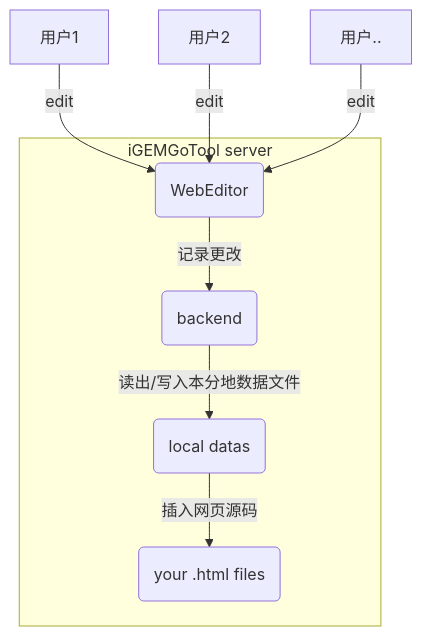
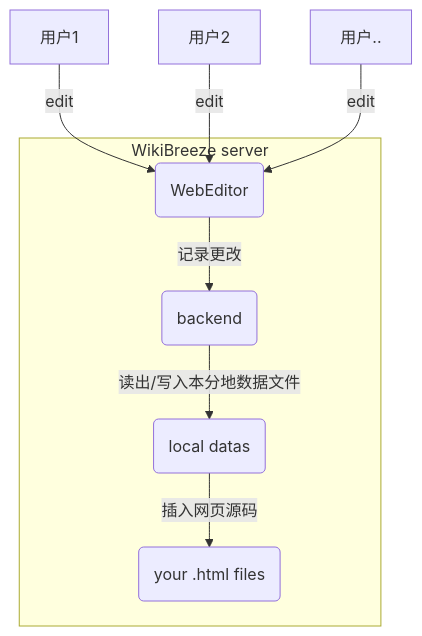
The diagram in README_zh.md (950288/WikiBreeze), drawn with Mermaid before and after one commit. The commit also changed other lines of this file and 3 other files, not shown here.

````diff
--- a/README_zh.md
+++ b/README_zh.md
@@ -81,11 +81,11 @@
 ```mermaid
 graph TB
     用户1 --edit--> WebEditor
     用户2 --edit--> WebEditor
     用户.. --edit--> WebEditor
-    subgraph iGEMGoTool server
+    subgraph WikiBreeze server
         WebEditor(WebEditor) --记录更改--> backend(backend)
         backend --读出/写入本分地数据文件--> data(local datas)
         data --插入网页源码--> pages(your .html files)
     end
 ```
````
